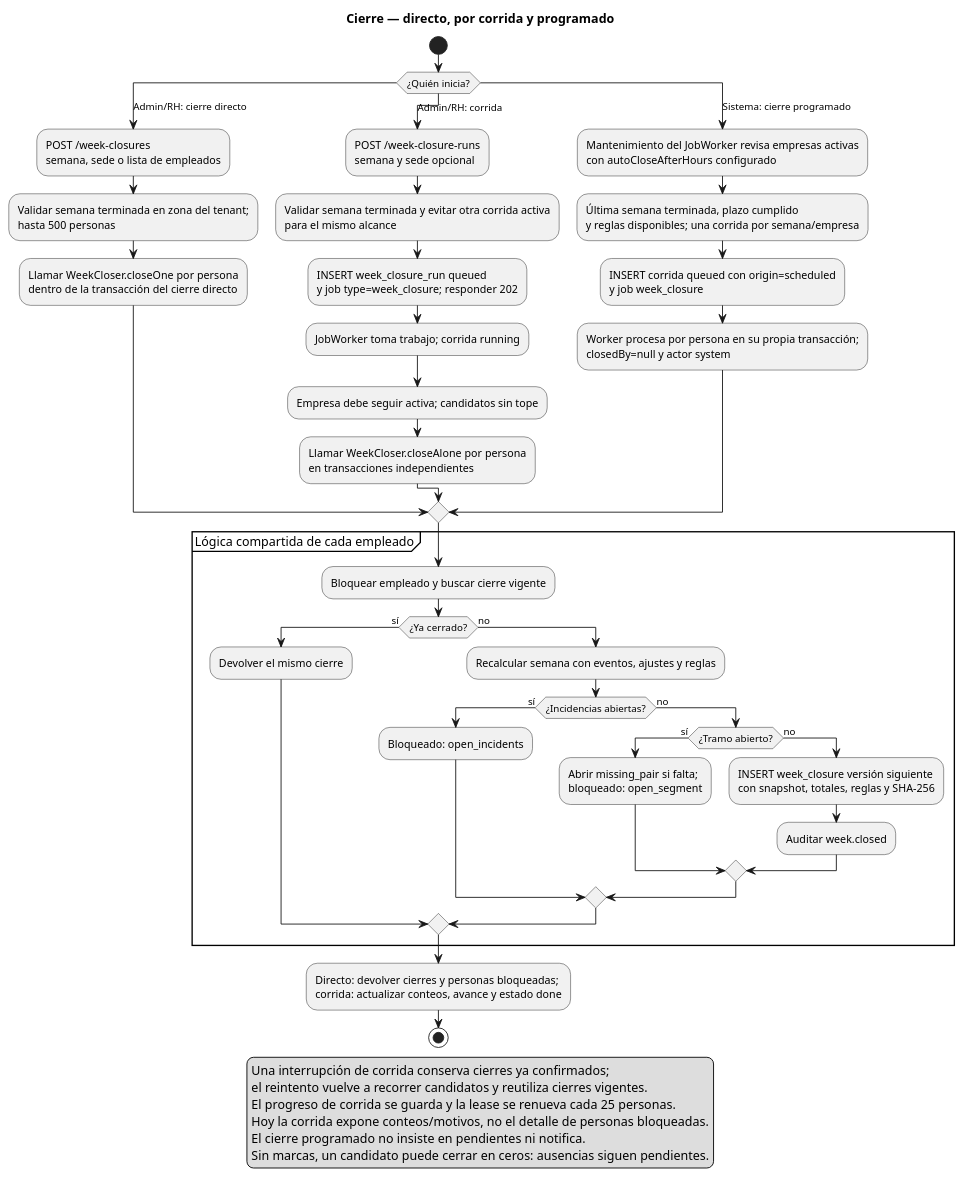
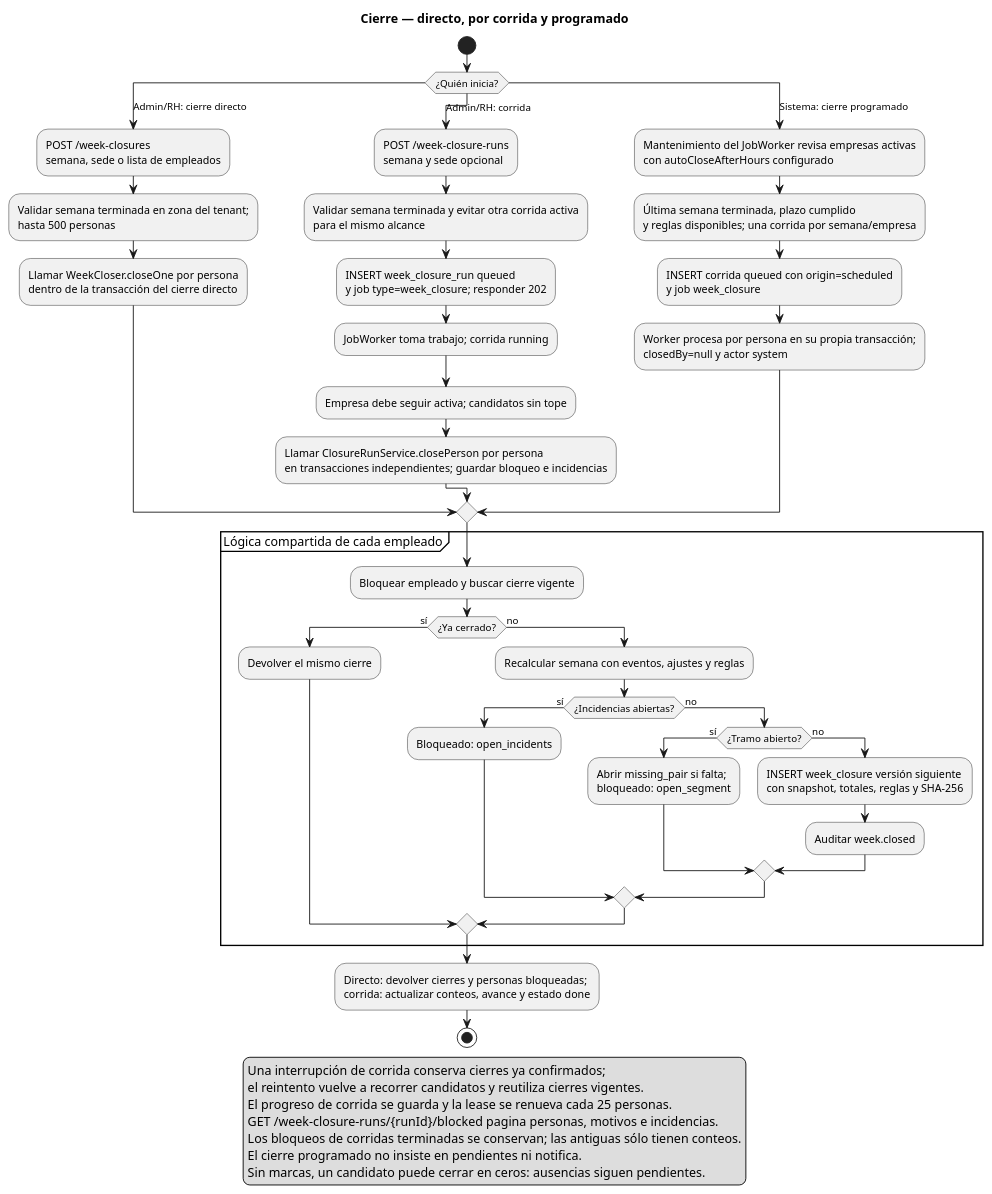
Before and after one commit to Alsegurarp/fs_asistencias: the diagram in docs/flujos/11-cierres-y-corridas.puml, drawn with PlantUML. The commit also changed 20 other files, not shown here.

Commit message:
feat: detalla personas bloqueadas por corrida y registra pendientes

```diff
--- a/docs/flujos/11-cierres-y-corridas.puml
+++ b/docs/flujos/11-cierres-y-corridas.puml
@@ -1,51 +1,52 @@
 @startuml
 title Cierre — directo, por corrida y programado
 skinparam shadowing false
 start
 switch (¿Quién inicia?)
 case (Admin/RH: cierre directo)
   :POST /week-closures\nsemana, sede o lista de empleados;
   :Validar semana terminada en zona del tenant;\nhasta 500 personas;
   :Llamar WeekCloser.closeOne por persona\ndentro de la transacción del cierre directo;
 case (Admin/RH: corrida)
   :POST /week-closure-runs\nsemana y sede opcional;
   :Validar semana terminada y evitar otra corrida activa\npara el mismo alcance;
   :INSERT week_closure_run queued\ny job type=week_closure; responder 202;
   :JobWorker toma trabajo; corrida running;
   :Empresa debe seguir activa; candidatos sin tope;
-  :Llamar WeekCloser.closeAlone por persona\nen transacciones independientes;
+  :Llamar ClosureRunService.closePerson por persona\nen transacciones independientes; guardar bloqueo e incidencias;
 case (Sistema: cierre programado)
   :Mantenimiento del JobWorker revisa empresas activas\ncon autoCloseAfterHours configurado;
   :Última semana terminada, plazo cumplido\ny reglas disponibles; una corrida por semana/empresa;
   :INSERT corrida queued con origin=scheduled\ny job week_closure;
   :Worker procesa por persona en su propia transacción;\nclosedBy=null y actor system;
 endswitch
 partition "Lógica compartida de cada empleado" {
   :Bloquear empleado y buscar cierre vigente;
   if (¿Ya cerrado?) then (sí)
     :Devolver el mismo cierre;
   else (no)
     :Recalcular semana con eventos, ajustes y reglas;
     if (¿Incidencias abiertas?) then (sí)
       :Bloqueado: open_incidents;
     else (no)
       if (¿Tramo abierto?) then (sí)
         :Abrir missing_pair si falta;\nbloqueado: open_segment;
       else (no)
         :INSERT week_closure versión siguiente\ncon snapshot, totales, reglas y SHA-256;
         :Auditar week.closed;
       endif
     endif
   endif
 }
 :Directo: devolver cierres y personas bloqueadas;\ncorrida: actualizar conteos, avance y estado done;
 stop
 legend bottom
 Una interrupción de corrida conserva cierres ya confirmados;
 el reintento vuelve a recorrer candidatos y reutiliza cierres vigentes.
 El progreso de corrida se guarda y la lease se renueva cada 25 personas.
-Hoy la corrida expone conteos/motivos, no el detalle de personas bloqueadas.
+GET /week-closure-runs/{runId}/blocked pagina personas, motivos e incidencias.
+Los bloqueos de corridas terminadas se conservan; las antiguas sólo tienen conteos.
 El cierre programado no insiste en pendientes ni notifica.
 Sin marcas, un candidato puede cerrar en ceros: ausencias siguen pendientes.
 endlegend
 @enduml
```
